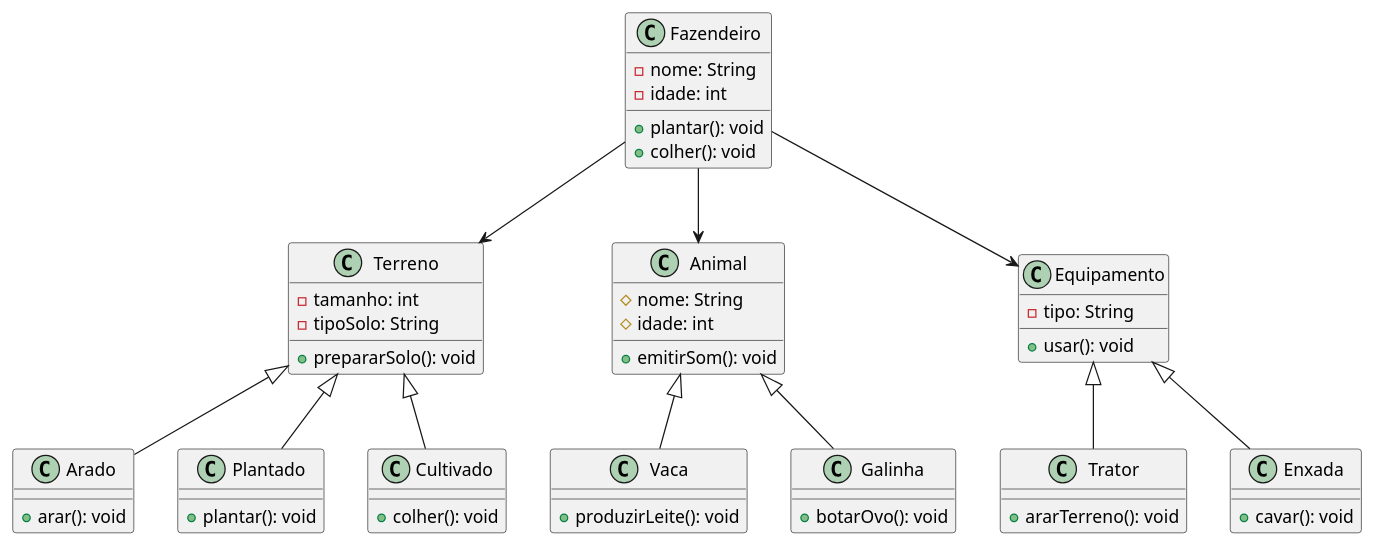
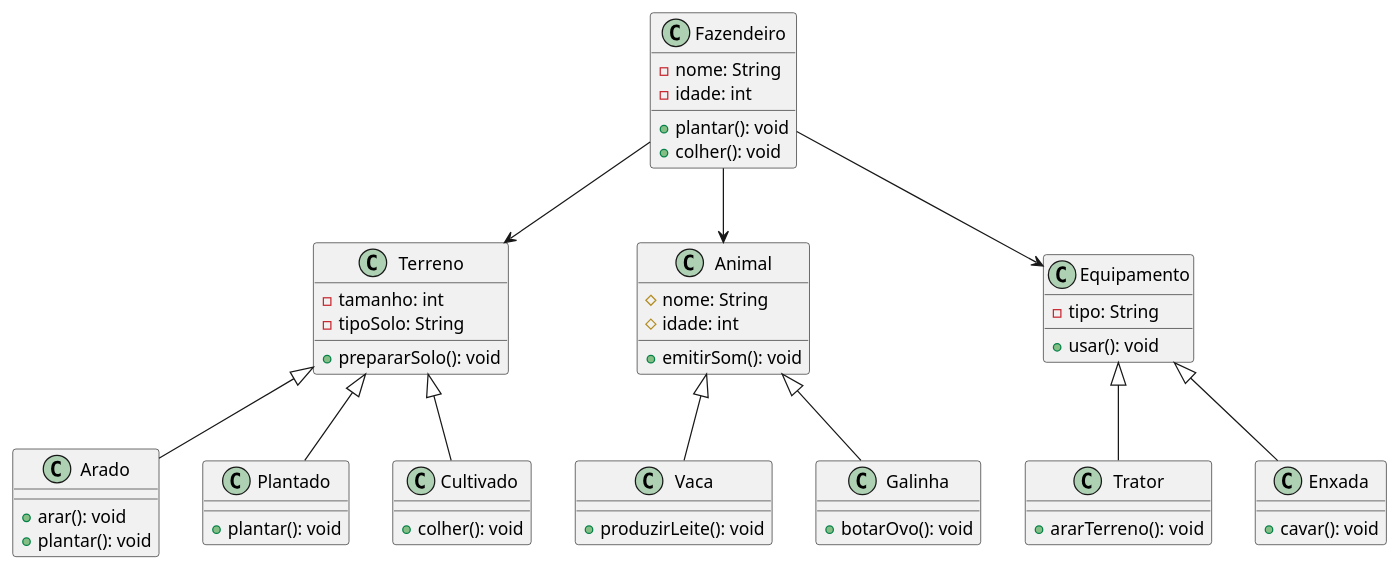
The diagram in Diagramas no Projeto/readme.md (williaw-lira/Artigo-Uso-de-UML), drawn with PlantUML before and after one commit. The commit also changed other lines of this file, not shown here.

Commit message:
atualização

```diff
--- a/Diagramas no Projeto/readme.md
+++ b/Diagramas no Projeto/readme.md
@@ -1,58 +2,58 @@
 @startuml
 class Terreno {
   - tamanho: int
   - tipoSolo: String
   + prepararSolo(): void
 }
 
 class Arado extends Terreno {
   + arar(): void
+  + plantar(): void
 }
 
 class Plantado extends Terreno {
   + plantar(): void
 }
 
 class Cultivado extends Terreno {
   + colher(): void
 }
 
 class Fazendeiro {
   - nome: String
   - idade: int
   + plantar(): void
   + colher(): void
 }
 
 class Animal {
   # nome: String
   # idade: int
   + emitirSom(): void
 }
 
 class Vaca extends Animal {
   + produzirLeite(): void
 }
 
 class Galinha extends Animal {
   + botarOvo(): void
 }
 
 class Equipamento {
   - tipo: String
   + usar(): void
 }
 
 class Trator extends Equipamento {
   + ararTerreno(): void
 }
 
 class Enxada extends Equipamento {
   + cavar(): void
 }
 
 Fazendeiro --> Terreno
 Fazendeiro --> Equipamento
 Fazendeiro --> Animal
-
 @enduml
```
